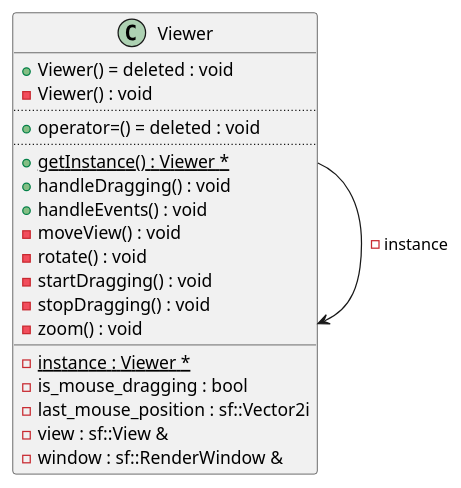
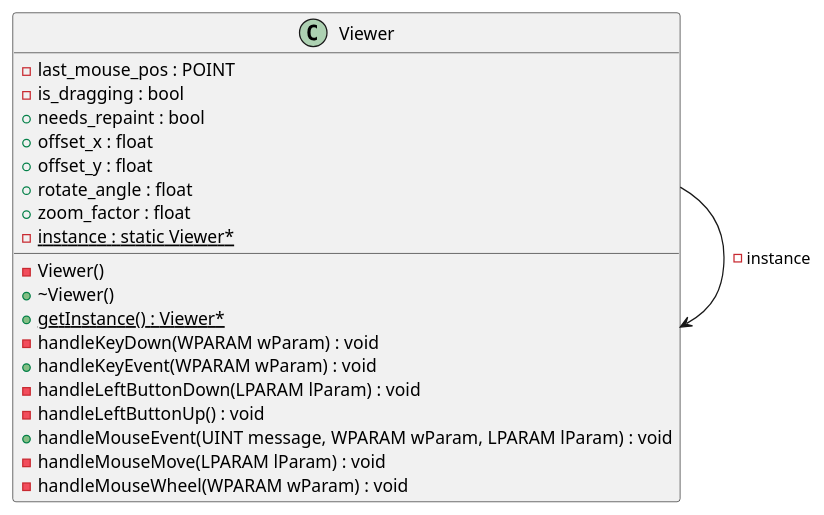
Before and after one commit to ntkwan/csc10003-svg-reader: the diagram in docs/diagrams/Viewer.puml, drawn with PlantUML. The commit also changed 12 other files, not shown here.

First line of the commit message:
Update class diagrams

```diff
--- a/docs/diagrams/Viewer.puml
+++ b/docs/diagrams/Viewer.puml
@@ -1,28 +1,52 @@
 @startuml
-class "Viewer" as C_0000222566171378319347
-class C_0000222566171378319347 {
-+Viewer() = deleted : void
--Viewer() : void
-..
-+operator=() = deleted : void
-..
-{static} +getInstance() : Viewer *
-+handleDragging() : void
-+handleEvents() : void
--moveView() : void
--rotate() : void
--startDragging() : void
--stopDragging() : void
--zoom() : void
-__
-{static} -instance : Viewer *
--is_mouse_dragging : bool
--last_mouse_position : sf::Vector2i
--view : sf::View &
--window : sf::RenderWindow &
+
+
+
+
+
+/' Objects '/
+
+class Viewer {
+	-Viewer()
+	+~Viewer()
+	-last_mouse_pos : POINT
+	+{static} getInstance() : Viewer*
+	-is_dragging : bool
+	+needs_repaint : bool
+	+offset_x : float
+	+offset_y : float
+	+rotate_angle : float
+	+zoom_factor : float
+	-{static} instance : static Viewer*
+	-handleKeyDown(WPARAM wParam) : void
+	+handleKeyEvent(WPARAM wParam) : void
+	-handleLeftButtonDown(LPARAM lParam) : void
+	-handleLeftButtonUp() : void
+	+handleMouseEvent(UINT message, WPARAM wParam, LPARAM lParam) : void
+	-handleMouseMove(LPARAM lParam) : void
+	-handleMouseWheel(WPARAM wParam) : void
 }
-C_0000222566171378319347 --> C_0000222566171378319347 : -instance
 
-'Generated with clang-uml, version 0.4.1
-'LLVM version Ubuntu clang version 15.0.7
+
+
+
+
+/' Inheritance relationships '/
+
+
+
+
+/' Aggregation relationships '/
+
+.Viewer --> .Viewer : -instance
+
+
+
+
+
+
+/' Nested objects '/
+
+
+
 @enduml
```
